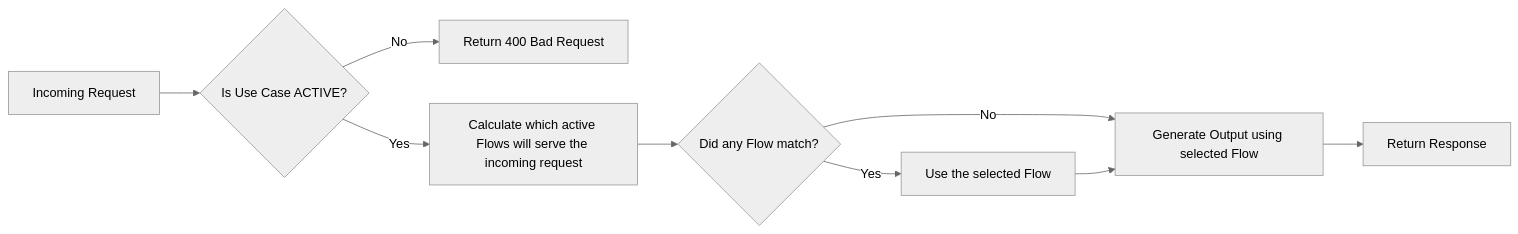
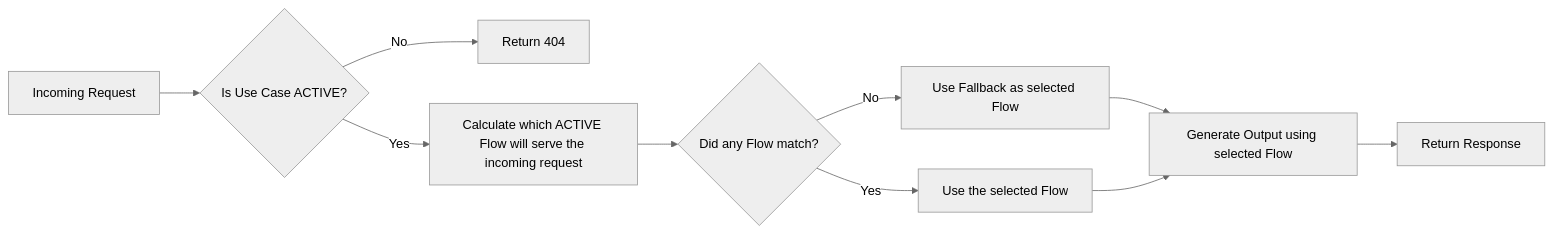
One commit to ai-model-match/backend changed the diagram in README.md. Above: the diagram before and after it, drawn with Mermaid (neutral theme).

Commit message:
chore: update Flowchart for incoming requests

````diff
--- a/README.md
+++ b/README.md
@@ -20,11 +20,12 @@
 ```mermaid
 flowchart LR
     A[Incoming Request] --> B{Is Use Case ACTIVE?}
-    B -- No --> C[Return 400 Bad Request]
-    B -- Yes --> D[Calculate which active Flows will serve the incoming request]
+    B -- No --> C[Return 404]
+    B -- Yes --> D[Calculate which ACTIVE Flow will serve the incoming request]
     D --> E{Did any Flow match?}
-    E -- Yes --> F[Use the selected Flow]
-    E -- No --> G[Use Fallback as selected Flow]
-    F --> G[Generate Output using selected Flow]
-    G --> H[Return Response]
+    E -- No --> F[Use Fallback as selected Flow]
+    E -- Yes --> G[Use the selected Flow]
+    F --> H[Generate Output using selected Flow]
+    G --> H[Generate Output using selected Flow]
+    H --> I[Return Response]
 ```
````
